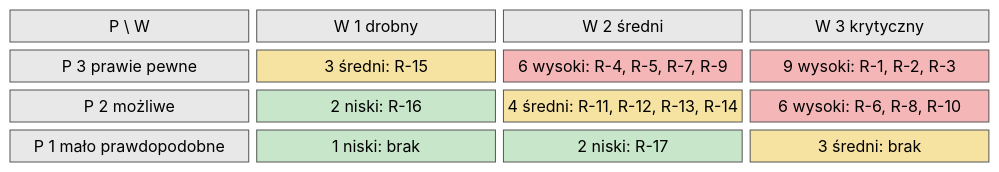
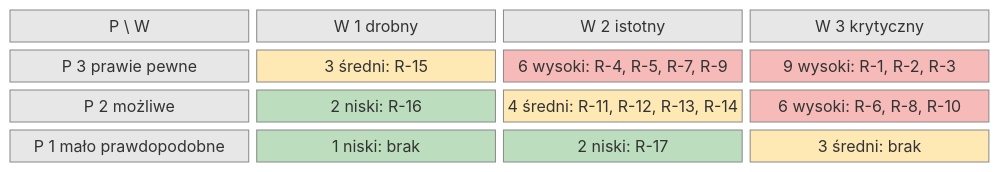
The diagram in docs/docs/biznes/ryzyka.md (dostepny-kampus/dostepny-kampus), drawn with Mermaid (forest theme) before and after one commit.

Commit message:
docs(biznes): fix risk matrix colors for light and dark theme

````diff
--- a/docs/docs/biznes/ryzyka.md
+++ b/docs/docs/biznes/ryzyka.md
@@ -41,16 +41,16 @@
 ```mermaid
 block-beta
   columns 4
-  naroznik["<span style='color:#000'>P \ W</span>"] w1["<span style='color:#000'>W 1 drobny</span>"] w2["<span style='color:#000'>W 2 średni</span>"] w3["<span style='color:#000'>W 3 krytyczny</span>"]
-  p3["<span style='color:#000'>P 3 prawie pewne</span>"] c31["<span style='color:#000'>3 średni: R-15</span>"] c32["<span style='color:#000'>6 wysoki: R-4, R-5, R-7, R-9</span>"] c33["<span style='color:#000'>9 wysoki: R-1, R-2, R-3</span>"]
-  p2["<span style='color:#000'>P 2 możliwe</span>"] c21["<span style='color:#000'>2 niski: R-16</span>"] c22["<span style='color:#000'>4 średni: R-11, R-12, R-13, R-14</span>"] c23["<span style='color:#000'>6 wysoki: R-6, R-8, R-10</span>"]
-  p1["<span style='color:#000'>P 1 mało prawdopodobne</span>"] c11["<span style='color:#000'>1 niski: brak</span>"] c12["<span style='color:#000'>2 niski: R-17</span>"] c13["<span style='color:#000'>3 średni: brak</span>"]
-  classDef naglowek fill:#e8e8e8,stroke:#555,color:#000
-  classDef wysoki fill:#f4b6b6,stroke:#555,color:#000
-  classDef sredni fill:#f7e3a1,stroke:#555,color:#000
-  classDef niski fill:#c8e6c9,stroke:#555,color:#000
+  naroznik["P \ W"] w1["W 1 drobny"] w2["W 2 istotny"] w3["W 3 krytyczny"]
+  p3["P 3 prawie pewne"] c31["3 średni: R-15"] c32["6 wysoki: R-4, R-5, R-7, R-9"] c33["9 wysoki: R-1, R-2, R-3"]
+  p2["P 2 możliwe"] c21["2 niski: R-16"] c22["4 średni: R-11, R-12, R-13, R-14"] c23["6 wysoki: R-6, R-8, R-10"]
+  p1["P 1 mało prawdopodobne"] c11["1 niski: brak"] c12["2 niski: R-17"] c13["3 średni: brak"]
+  classDef naglowek fill:#9e9e9e,fill-opacity:0.25,stroke:#888
+  classDef wysoki fill:#e53935,fill-opacity:0.35,stroke:#888
+  classDef sredni fill:#fbc02d,fill-opacity:0.35,stroke:#888
+  classDef niski fill:#43a047,fill-opacity:0.35,stroke:#888
   class naroznik,w1,w2,w3,p3,p2,p1 naglowek
   class c33,c32,c23 wysoki
   class c31,c22,c13 sredni
   class c21,c11,c12 niski
 ```
````
